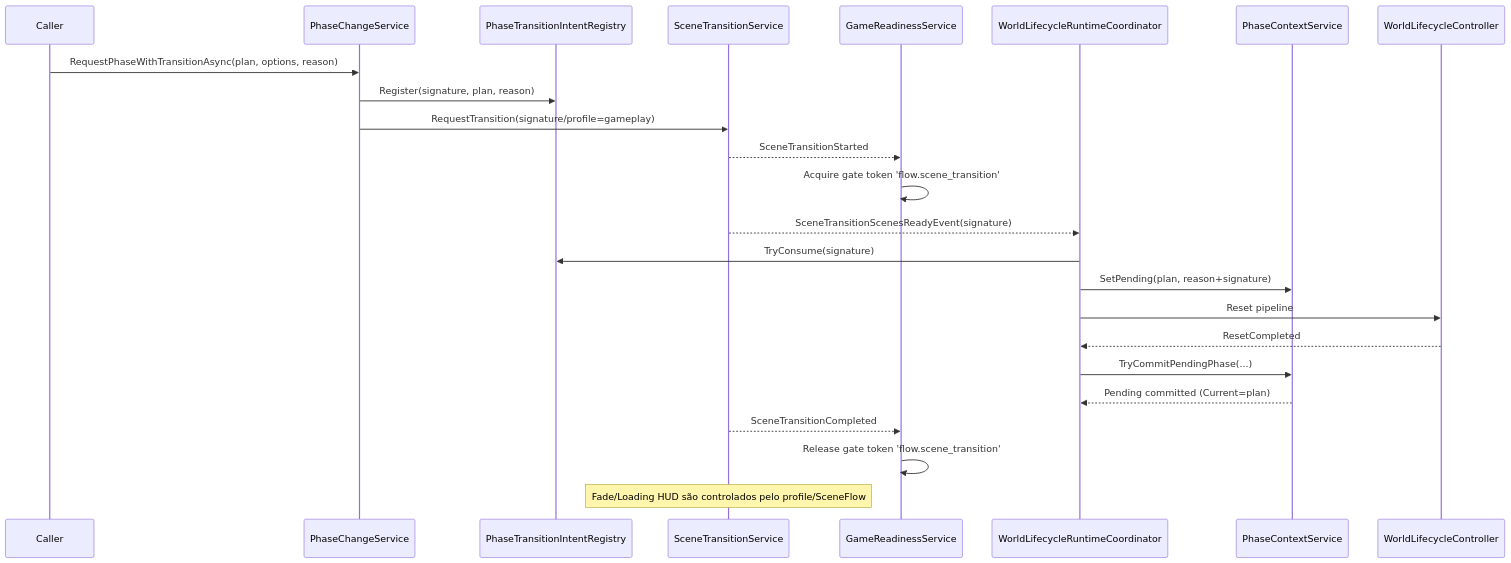
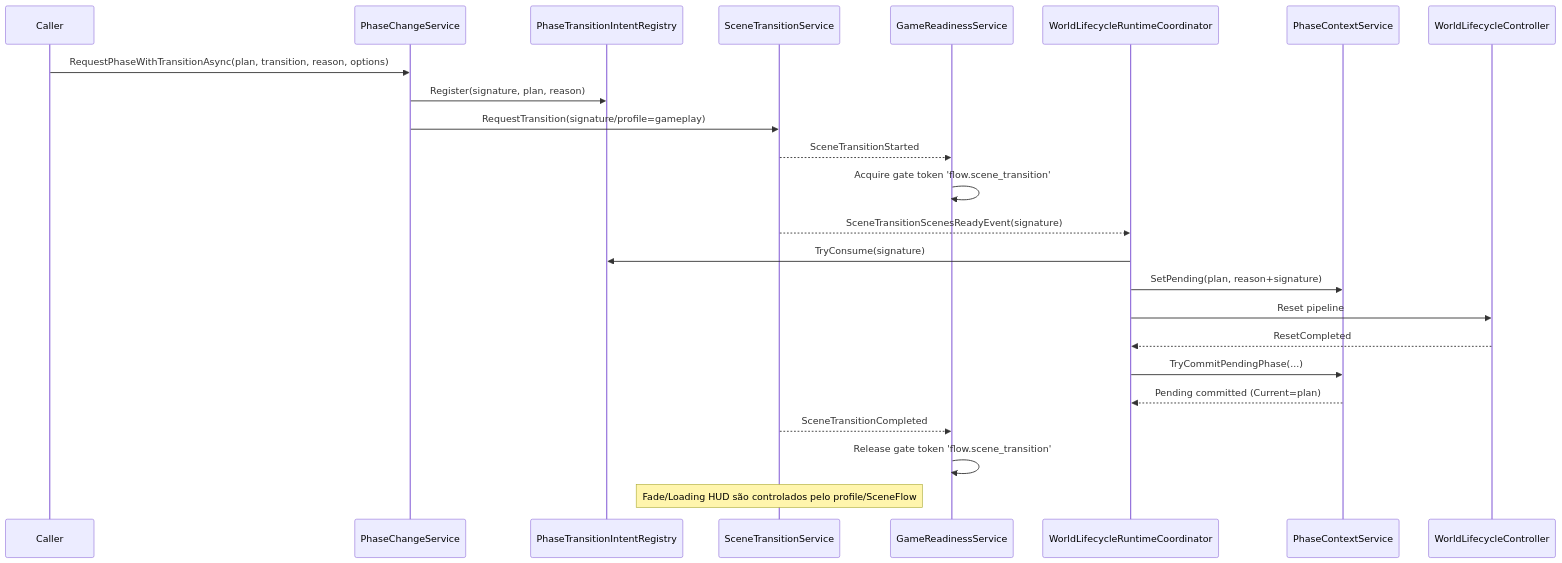
Before and after one commit to ImmersiveGames/GameJam2025: the second of 2 diagrams in Assets/_ImmersiveGames/NewScripts/Docs/ADRs/ADR-0017-Tipos-de-troca-fase.md, drawn with Mermaid. The commit also changed other lines of this file and 3 other files, not shown here.

````diff
--- a/Assets/_ImmersiveGames/NewScripts/Docs/ADRs/ADR-0017-Tipos-de-troca-fase.md
+++ b/Assets/_ImmersiveGames/NewScripts/Docs/ADRs/ADR-0017-Tipos-de-troca-fase.md
@@ -70,28 +76,28 @@
 ```mermaid
 sequenceDiagram
     participant Caller as Caller
     participant PhaseChange as PhaseChangeService
     participant Intent as PhaseTransitionIntentRegistry
     participant SceneFlow as SceneTransitionService
     participant Readiness as GameReadinessService
     participant WL as WorldLifecycleRuntimeCoordinator
     participant PhaseCtx as PhaseContextService
     participant WLC as WorldLifecycleController
 
-    Caller->>PhaseChange: RequestPhaseWithTransitionAsync(plan, options, reason)
+    Caller->>PhaseChange: RequestPhaseWithTransitionAsync(plan, transition, reason, options)
     PhaseChange->>Intent: Register(signature, plan, reason)
     PhaseChange->>SceneFlow: RequestTransition(signature/profile=gameplay)
     SceneFlow-->>Readiness: SceneTransitionStarted
     Readiness->>Readiness: Acquire gate token 'flow.scene_transition'
     SceneFlow-->>WL: SceneTransitionScenesReadyEvent(signature)
     WL->>Intent: TryConsume(signature)
     WL->>PhaseCtx: SetPending(plan, reason+signature)
     WL->>WLC: Reset pipeline
     WLC-->>WL: ResetCompleted
     WL->>PhaseCtx: TryCommitPendingPhase(...)
     PhaseCtx-->>WL: Pending committed (Current=plan)
     SceneFlow-->>Readiness: SceneTransitionCompleted
     Readiness->>Readiness: Release gate token 'flow.scene_transition'
 
     Note over SceneFlow: Fade/Loading HUD são controlados pelo profile/SceneFlow
 ```
````
